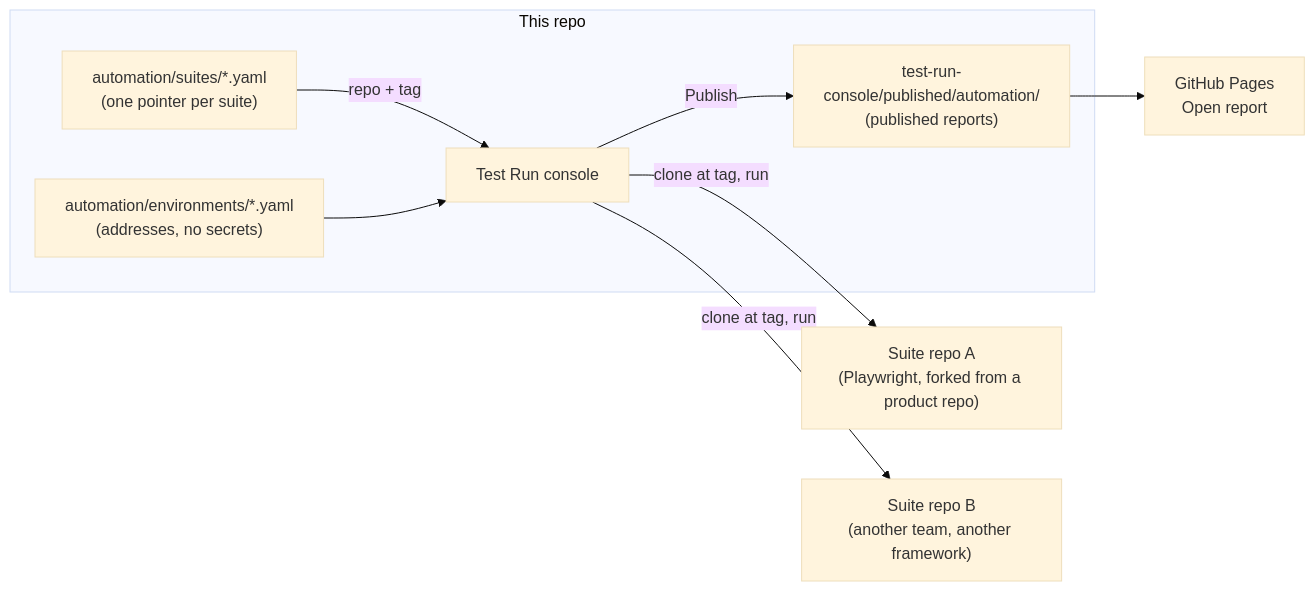
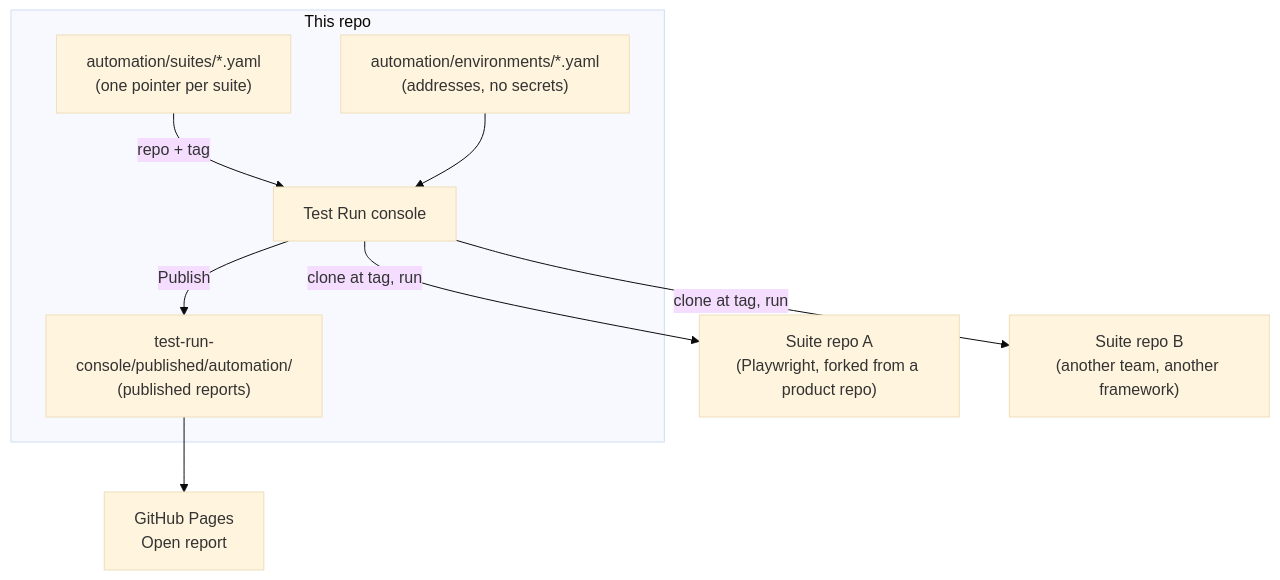
One commit to Gurjeet-eGov/Claude-Extensions changed the diagram in automation/README.md. Above: the diagram before and after it, drawn with Mermaid (base theme).

Commit message:
automation/README: draw the diagram top to bottom so its labels don't overlap

````diff
--- a/automation/README.md
+++ b/automation/README.md
@@ -9,18 +9,18 @@
 ```mermaid
-flowchart LR
+flowchart TB
   subgraph here["This repo"]
     CAT["automation/suites/*.yaml<br/>(one pointer per suite)"]
     ENV["automation/environments/*.yaml<br/>(addresses, no secrets)"]
     TR["Test Run console"]
     PUB["test-run-console/published/automation/<br/>(published reports)"]
   end
   S1["Suite repo A<br/>(Playwright, forked from a product repo)"]
   S2["Suite repo B<br/>(another team, another framework)"]
   PAGES["GitHub Pages<br/>Open report"]
 
   CAT -- "repo + tag" --> TR
   ENV --> TR
   TR -- "clone at tag, run" --> S1
   TR -- "clone at tag, run" --> S2
   TR -- "Publish" --> PUB --> PAGES
 ```
````
